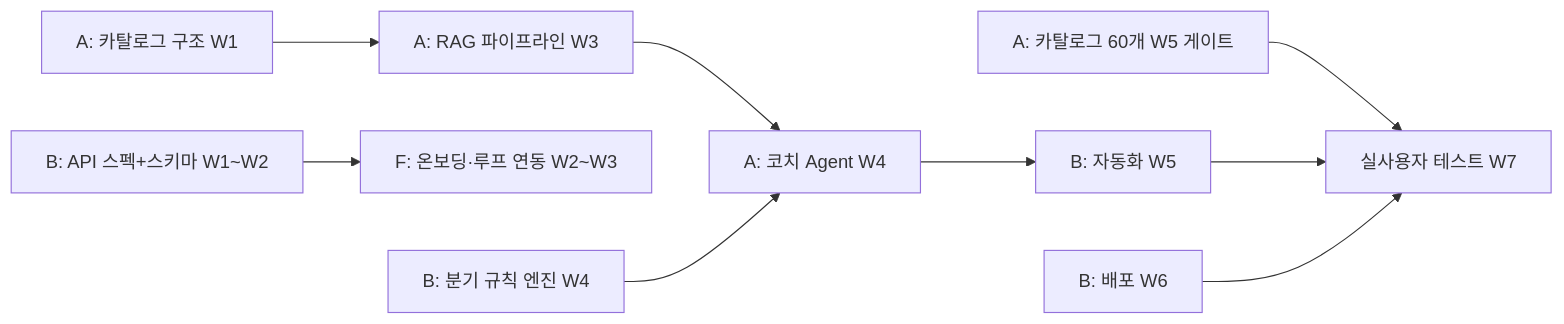
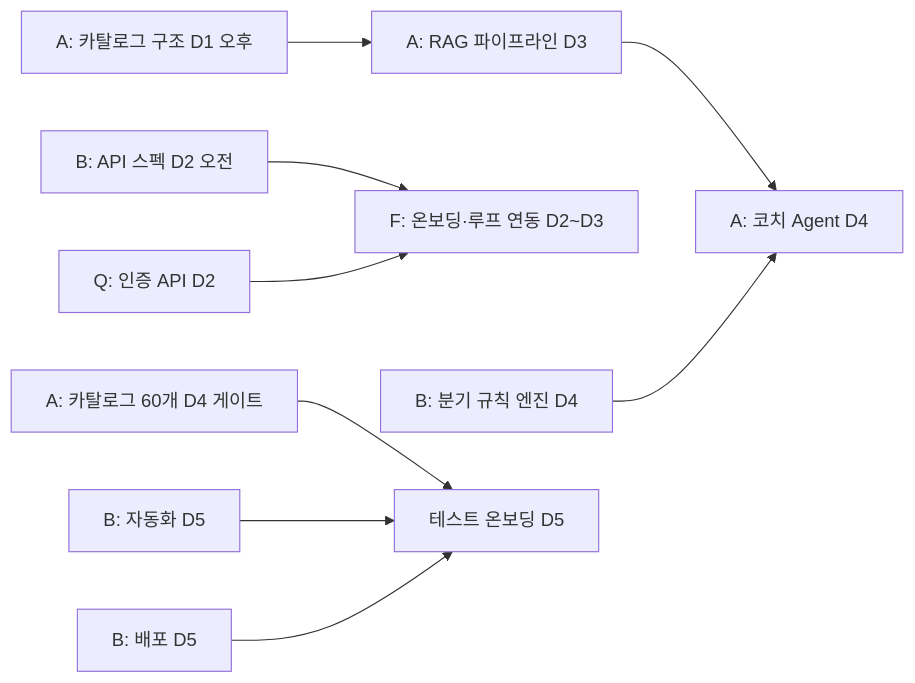
Before and after one commit to harold-llm/codyssey-native-C03_final: the diagram in 03-작업-분담.md, drawn with Mermaid. The commit also changed other lines of this file and 1 other file, not shown here.

````diff
--- a/03-작업-분담.md
+++ b/03-작업-분담.md
@@ -97,11 +88,11 @@
 ```mermaid
 flowchart LR
-    S1[A: 카탈로그 구조 W1] --> R1[A: RAG 파이프라인 W3]
-    S2[B: API 스펙+스키마 W1~W2] --> UI1[F: 온보딩·루프 연동 W2~W3]
-    R1 --> C1[A: 코치 Agent W4]
-    B1[B: 분기 규칙 엔진 W4] --> C1
-    C1 --> AUT[B: 자동화 W5]
-    CAT[A: 카탈로그 60개 W5 게이트] --> TEST[실사용자 테스트 W7]
-    AUT --> TEST
-    DEP[B: 배포 W6] --> TEST
+    S1[A: 카탈로그 구조 D1 오후] --> R1[A: RAG 파이프라인 D3]
+    S2[B: API 스펙 D2 오전] --> UI1[F: 온보딩·루프 연동 D2~D3]
+    S3[Q: 인증 API D2] --> UI1
+    R1 --> C1[A: 코치 Agent D4]
+    B1[B: 분기 규칙 엔진 D4] --> C1
+    CAT[A: 카탈로그 60개 D4 게이트] --> TEST[테스트 온보딩 D5]
+    AUT[B: 자동화 D5] --> TEST
+    DEP[B: 배포 D5] --> TEST
 ```
````
